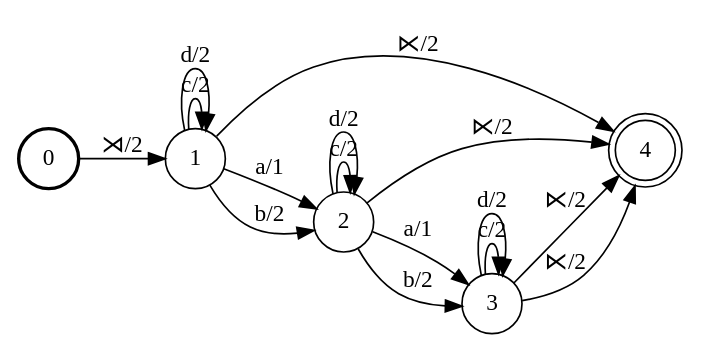
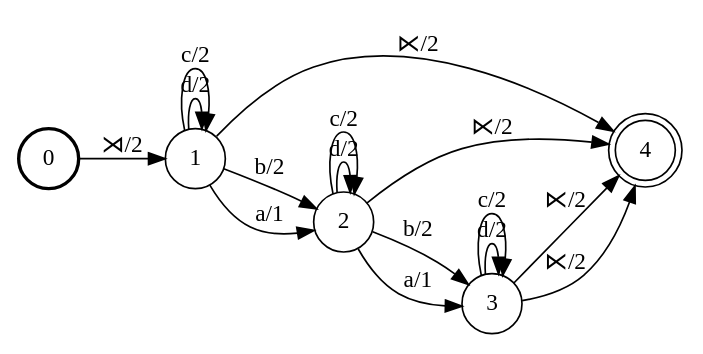
The diagram in demo/T_weight.dot (colincwilson/wynini), drawn with Graphviz before and after one commit. The commit also changed other lines of this file and 5 other files, not shown here.

```diff
--- a/demo/T_weight.dot
+++ b/demo/T_weight.dot
@@ -1,28 +1,28 @@
 digraph FST {
 rankdir = LR;
 size = "8.5,11";
 center = 1;
 orientation = Portrait;
 ranksep = "0.4";
 nodesep = "0.25";
 0 [label = "0", shape = circle, style = bold, fontsize = 14]
 	0 -> 1 [label = "⋊/2", fontsize = 14];
 1 [label = "1", shape = circle, style = solid, fontsize = 14]
 	1 -> 4 [label = "⋉/2", fontsize = 14];
+	1 -> 1 [label = "d/2", fontsize = 14];
 	1 -> 1 [label = "c/2", fontsize = 14];
-	1 -> 1 [label = "d/2", fontsize = 14];
+	1 -> 2 [label = "b/2", fontsize = 14];
 	1 -> 2 [label = "a/1", fontsize = 14];
-	1 -> 2 [label = "b/2", fontsize = 14];
 2 [label = "2", shape = circle, style = solid, fontsize = 14]
+	2 -> 2 [label = "d/2", fontsize = 14];
 	2 -> 2 [label = "c/2", fontsize = 14];
-	2 -> 2 [label = "d/2", fontsize = 14];
 	2 -> 4 [label = "⋉/2", fontsize = 14];
+	2 -> 3 [label = "b/2", fontsize = 14];
 	2 -> 3 [label = "a/1", fontsize = 14];
-	2 -> 3 [label = "b/2", fontsize = 14];
 3 [label = "3", shape = circle, style = solid, fontsize = 14]
+	3 -> 3 [label = "d/2", fontsize = 14];
 	3 -> 3 [label = "c/2", fontsize = 14];
-	3 -> 3 [label = "d/2", fontsize = 14];
 	3 -> 4 [label = "⋉/2", fontsize = 14];
 	3 -> 4 [label = "⋉/2", fontsize = 14];
 4 [label = "4", shape = doublecircle, style = solid, fontsize = 14]
 }
```
